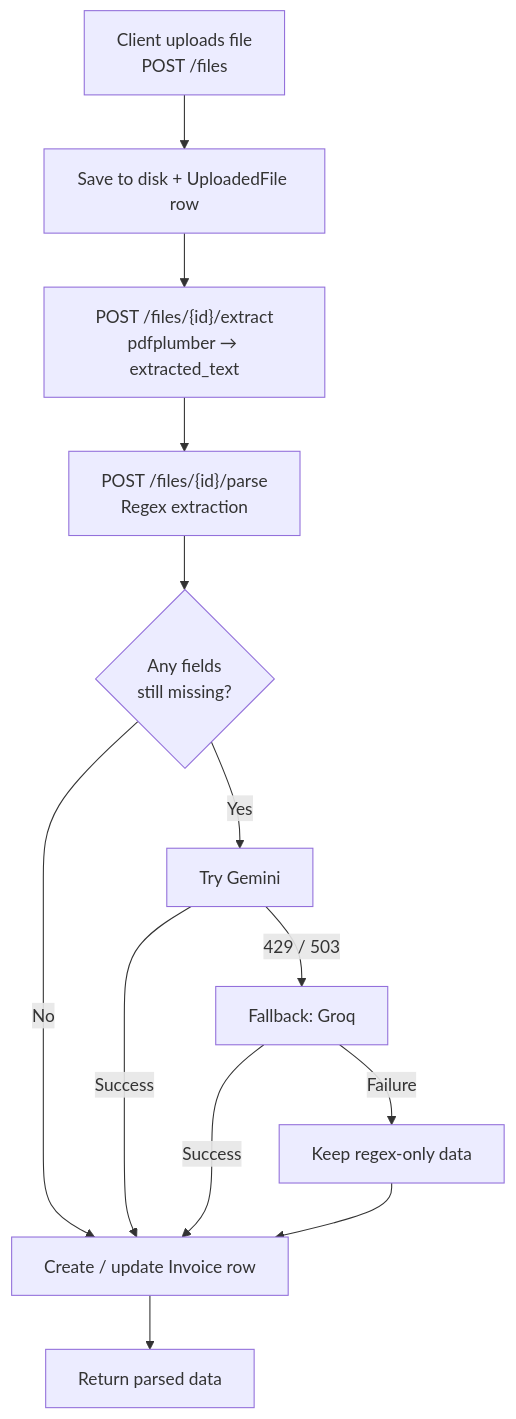
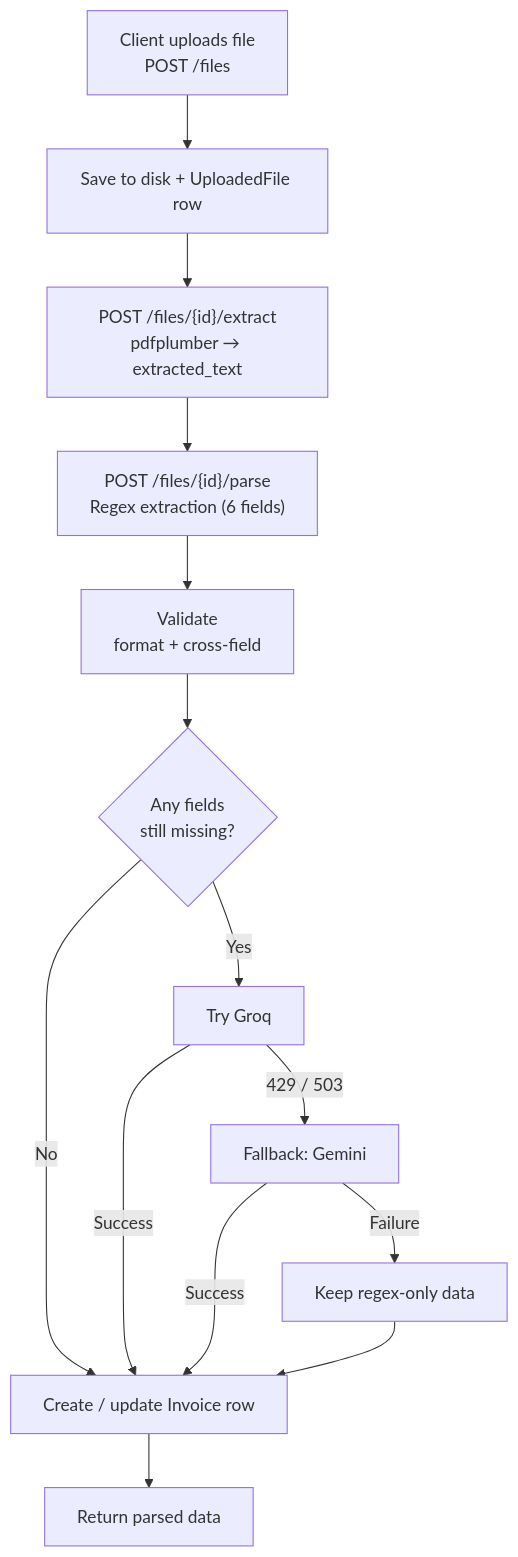
Before and after one commit to ChaitanyMishra/invoice-receipt-parser: the first of 2 diagrams in README.md, drawn with Mermaid. The commit also changed other lines of this file, not shown here.

````diff
--- a/README.md
+++ b/README.md
@@ -43,15 +52,16 @@
 ```mermaid
 flowchart TD
     A["Client uploads file<br/>POST /files"] --> B["Save to disk + UploadedFile row"]
     B --> C["POST /files/{id}/extract<br/>pdfplumber → extracted_text"]
-    C --> D["POST /files/{id}/parse<br/>Regex extraction"]
-    D --> E{"Any fields<br/>still missing?"}
+    C --> D["POST /files/{id}/parse<br/>Regex extraction (6 fields)"]
+    D --> V["Validate<br/>format + cross-field"]
+    V --> E{"Any fields<br/>still missing?"}
     E -- No --> H["Create / update Invoice row"]
-    E -- Yes --> F["Try Gemini"]
+    E -- Yes --> F["Try Groq"]
     F -- "Success" --> H
-    F -- "429 / 503" --> G["Fallback: Groq"]
+    F -- "429 / 503" --> G["Fallback: Gemini"]
     G -- "Success" --> H
     G -- "Failure" --> I["Keep regex-only data"]
     I --> H
     H --> J["Return parsed data"]
 ```
````
